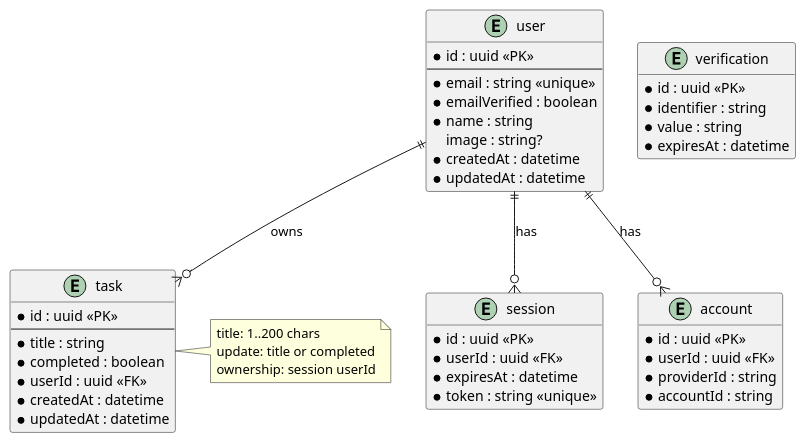
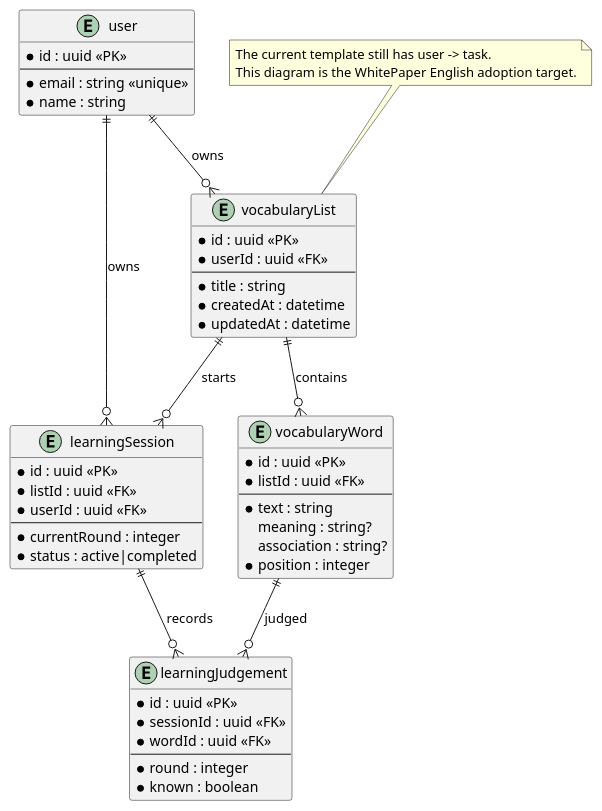
The diagram in docs/designs/domain.puml (morewhyhan/whitepaper-english), drawn with PlantUML before and after one commit. The commit also changed 82 other files, not shown here.

First line of the commit message:
chore: adopt updated Ignite template and align WhitePaper English specs

```diff
--- a/docs/designs/domain.puml
+++ b/docs/designs/domain.puml
@@ -1,56 +1,58 @@
 @startuml
 hide methods
 hide stereotypes
 
 entity user {
   * id : uuid <<PK>>
   --
   * email : string <<unique>>
-  * emailVerified : boolean
   * name : string
-  image : string?
+}
+
+entity vocabularyList <<adopted target>> {
+  * id : uuid <<PK>>
+  * userId : uuid <<FK>>
+  --
+  * title : string
   * createdAt : datetime
   * updatedAt : datetime
 }
 
-entity task {
+entity vocabularyWord <<adopted target>> {
   * id : uuid <<PK>>
+  * listId : uuid <<FK>>
   --
-  * title : string
-  * completed : boolean
-  * userId : uuid <<FK>>
-  * createdAt : datetime
-  * updatedAt : datetime
+  * text : string
+  meaning : string?
+  association : string?
+  * position : integer
 }
 
-entity session {
+entity learningSession <<adopted target>> {
   * id : uuid <<PK>>
+  * listId : uuid <<FK>>
   * userId : uuid <<FK>>
-  * expiresAt : datetime
-  * token : string <<unique>>
+  --
+  * currentRound : integer
+  * status : active|completed
 }
 
-entity account {
+entity learningJudgement <<adopted target>> {
   * id : uuid <<PK>>
-  * userId : uuid <<FK>>
-  * providerId : string
-  * accountId : string
+  * sessionId : uuid <<FK>>
+  * wordId : uuid <<FK>>
+  --
+  * round : integer
+  * known : boolean
 }
 
-entity verification {
-  * id : uuid <<PK>>
-  * identifier : string
-  * value : string
-  * expiresAt : datetime
-}
+user ||--o{ vocabularyList : owns
+vocabularyList ||--o{ vocabularyWord : contains
+vocabularyList ||--o{ learningSession : starts
+user ||--o{ learningSession : owns
+learningSession ||--o{ learningJudgement : records
+vocabularyWord ||--o{ learningJudgement : judged
 
-user ||--o{ task : owns
-user ||--o{ session : has
-user ||--o{ account : has
-
-note right of task
-  title: 1..200 chars
-  update: title or completed
-  ownership: session userId
-end note
+note "The current template still has user -> task.\nThis diagram is the WhitePaper English adoption target." as N
+N .. vocabularyList
 @enduml
```
